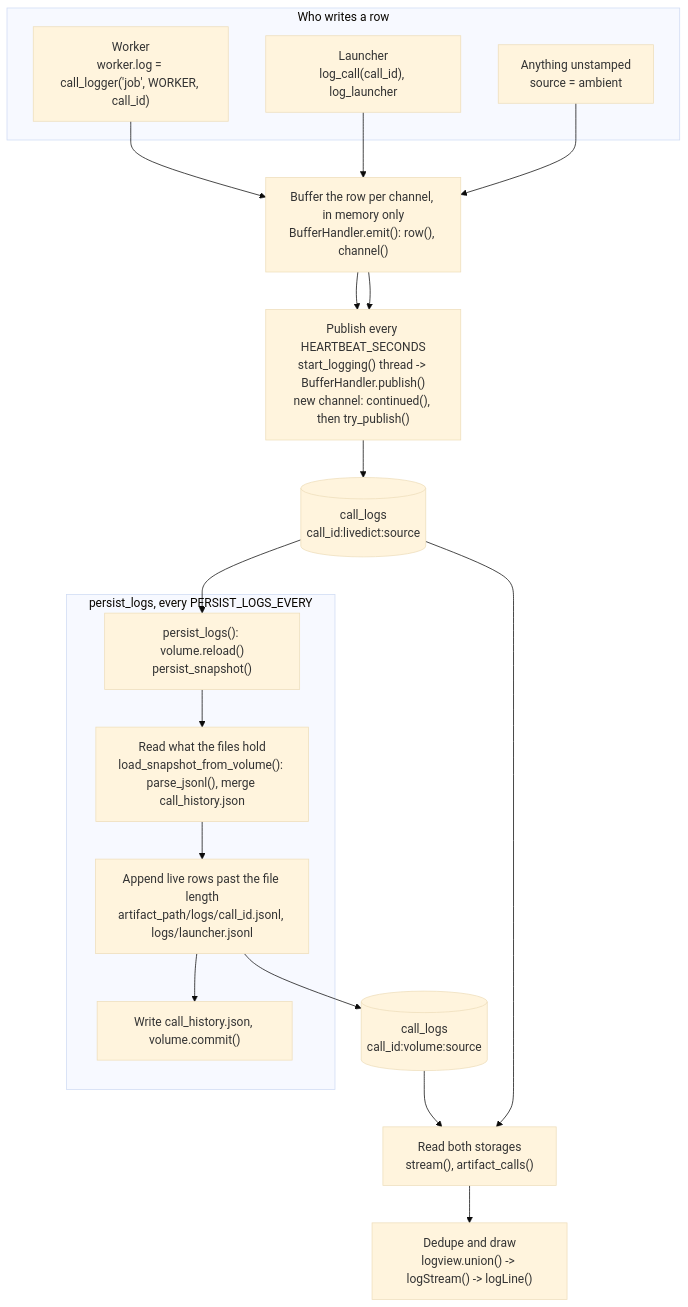
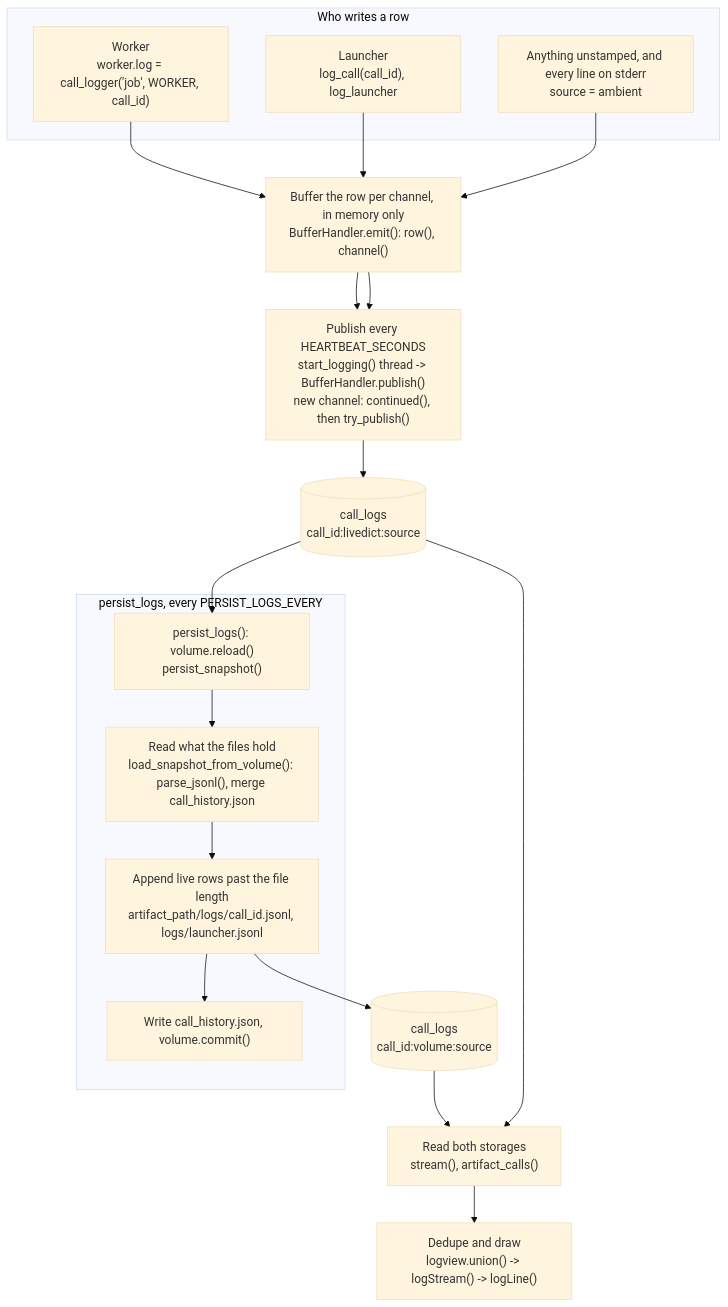
The diagram in docs/logging.md (ocanphys/launchpad), drawn with Mermaid (base theme) before and after one commit. The commit also changed other lines of this file and 32 other files, not shown here.

````diff
--- a/docs/logging.md
+++ b/docs/logging.md
@@ -31,26 +32,26 @@
 ```mermaid
 flowchart TD
   subgraph writers ["Who writes a row"]
     WL["Worker<br/>worker.log = call_logger('job', WORKER, call_id)"]
     LL["Launcher<br/>log_call(call_id), log_launcher"]
-    AL["Anything unstamped<br/>source = ambient"]
+    AL["Anything unstamped, and every line on stderr<br/>source = ambient"]
   end
   WL --> BH
   LL --> BH
   AL --> BH
   BH["Buffer the row per channel, in memory only<br/>BufferHandler.emit(): row(), channel()"] --> PT["Publish every HEARTBEAT_SECONDS<br/>start_logging() thread -> BufferHandler.publish()<br/>new channel: continued(), then try_publish()"]
   BH["Buffer the row per channel, in memory only<br/>BufferHandler.emit(): row(), channel()"] --> PT["Publish every HEARTBEAT_SECONDS<br/>start_logging() thread -> BufferHandler.publish()<br/>new channel: continued(), then try_publish()"]
   PT --> LIVE[("call_logs<br/>call_id:livedict:source")]
 
   subgraph persist ["persist_logs, every PERSIST_LOGS_EVERY"]
     PS["persist_logs(): volume.reload()<br/>persist_snapshot()"] --> LS["Read what the files hold<br/>load_snapshot_from_volume(): parse_jsonl(), merge call_history.json"]
     LS --> AP["Append live rows past the file length<br/>artifact_path/logs/call_id.jsonl, logs/launcher.jsonl"]
     AP --> CH["Write call_history.json, volume.commit()"]
   end
   LIVE --> PS
   AP --> VOL[("call_logs<br/>call_id:volume:source")]
 
   LIVE --> RD["Read both storages<br/>stream(), artifact_calls()"]
   VOL --> RD
   RD --> UI["Dedupe and draw<br/>logview.union() -> logStream() -> logLine()"]
 ```
````
